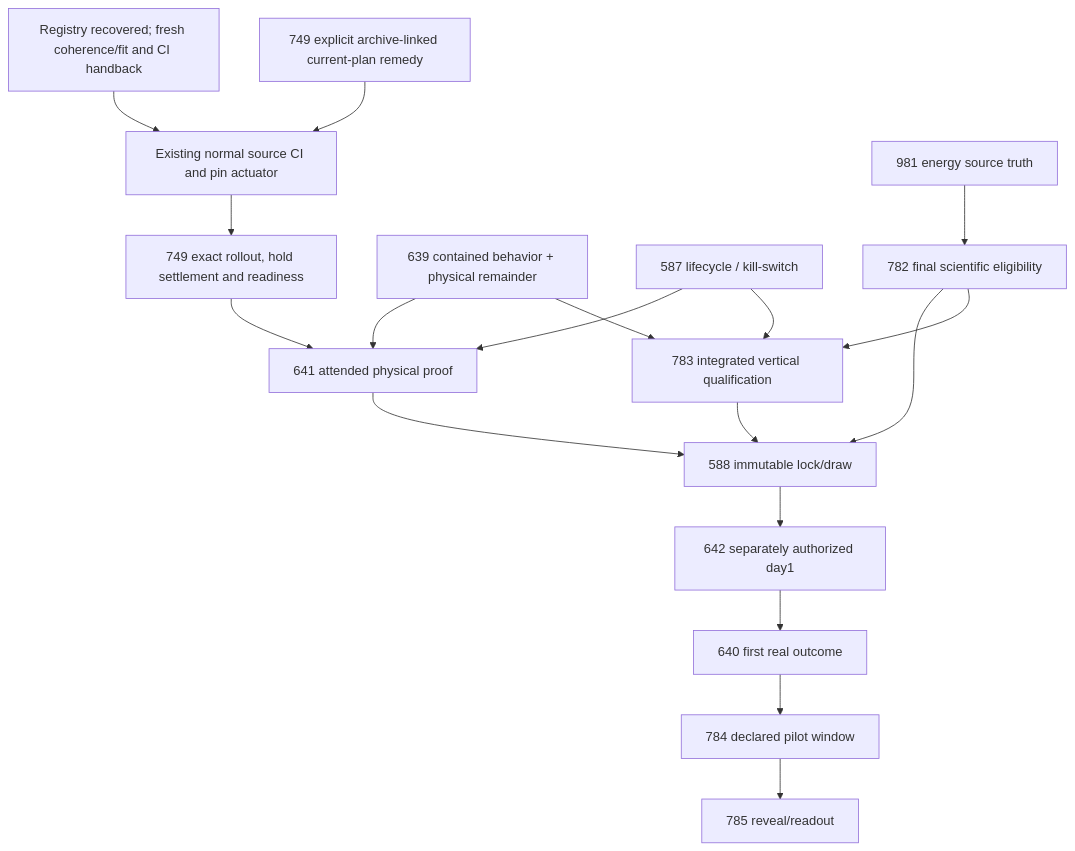
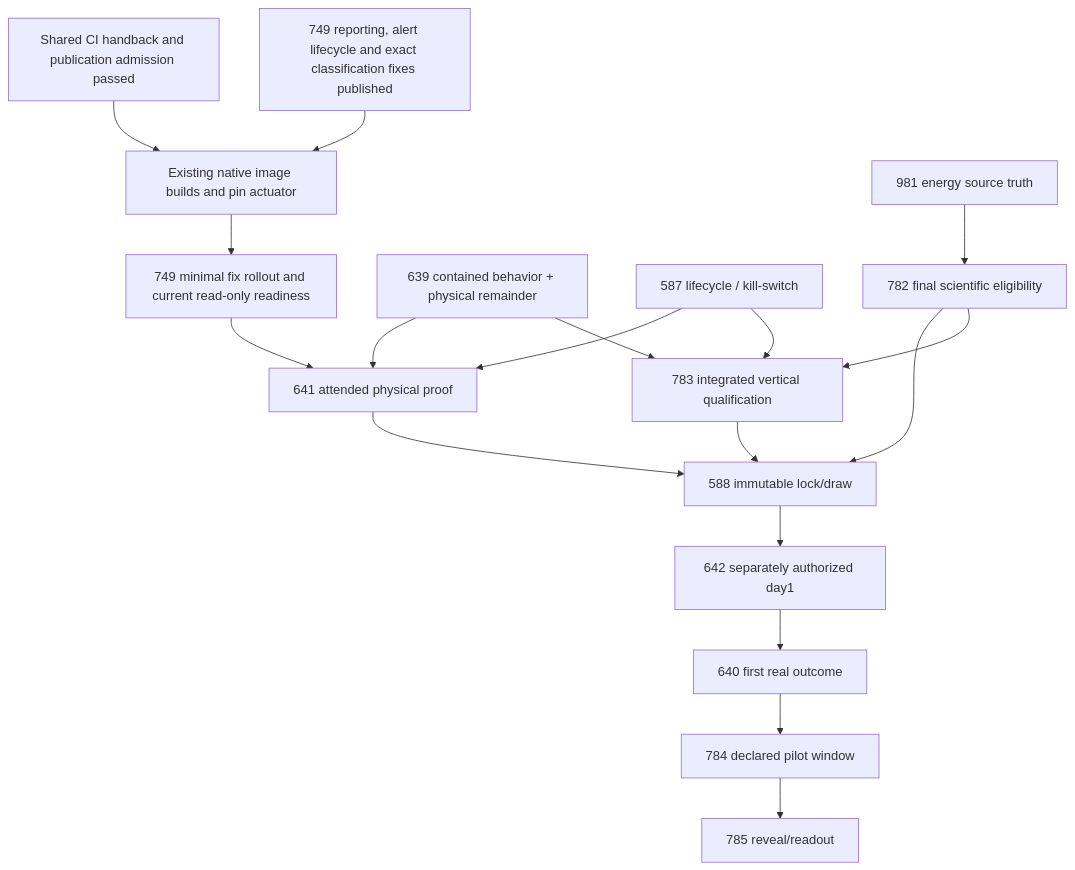
The diagram in planning/reviews/2026-10-17/DEPENDENCIES.md (VerdifyConsultancy/verdify-platform), drawn with Mermaid before and after one commit. The commit also changed other lines of this file and 3 other files, not shown here.

Commit message:
Record native delivery acceptance and scoped fix rollout release

````diff
--- a/planning/reviews/2026-10-17/DEPENDENCIES.md
+++ b/planning/reviews/2026-10-17/DEPENDENCIES.md
@@ -7,20 +7,20 @@
 ```mermaid
 flowchart TD
-  repair["749 explicit archive-linked current-plan remedy"] --> delivery["Existing normal source CI and pin actuator"]
-  registry["Registry recovered; fresh coherence/fit and CI handback"] --> delivery
-  delivery --> i749["749 exact rollout, hold settlement and readiness"]
+  repair["749 reporting, alert lifecycle and exact classification fixes published"] --> delivery["Existing native image builds and pin actuator"]
+  registry["Shared CI handback and publication admission passed"] --> delivery
+  delivery --> i749["749 minimal fix rollout and current read-only readiness"]
   i639["639 contained behavior + physical remainder"] --> i783["783 integrated vertical qualification"]
   i587["587 lifecycle / kill-switch"] --> i783
   i981["981 energy source truth"] --> i782["782 final scientific eligibility"]
   i782 --> i783
   i749 --> i641["641 attended physical proof"]
   i639 --> i641
   i587 --> i641
   i641 --> i588["588 immutable lock/draw"]
   i782 --> i588
   i783 --> i588
   i588 --> i642["642 separately authorized day1"]
   i642 --> i640["640 first real outcome"]
   i640 --> i784["784 declared pilot window"]
   i784 --> i785["785 reveal/readout"]
 ```
````
